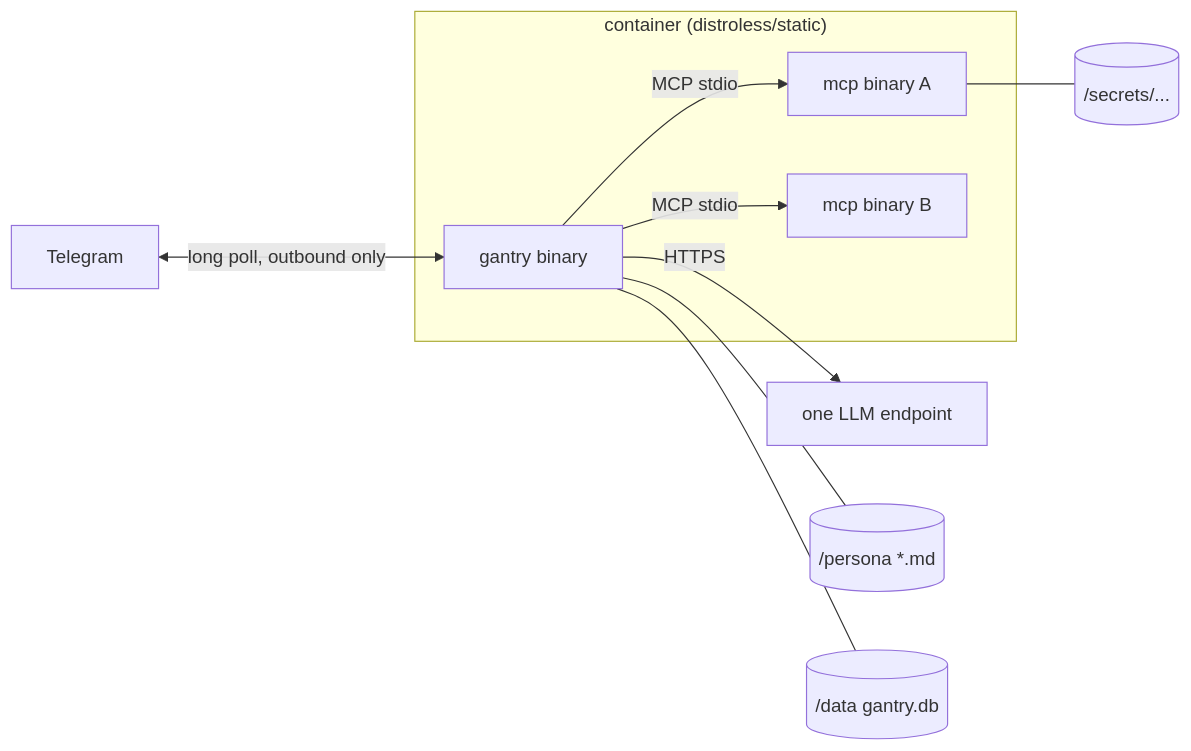
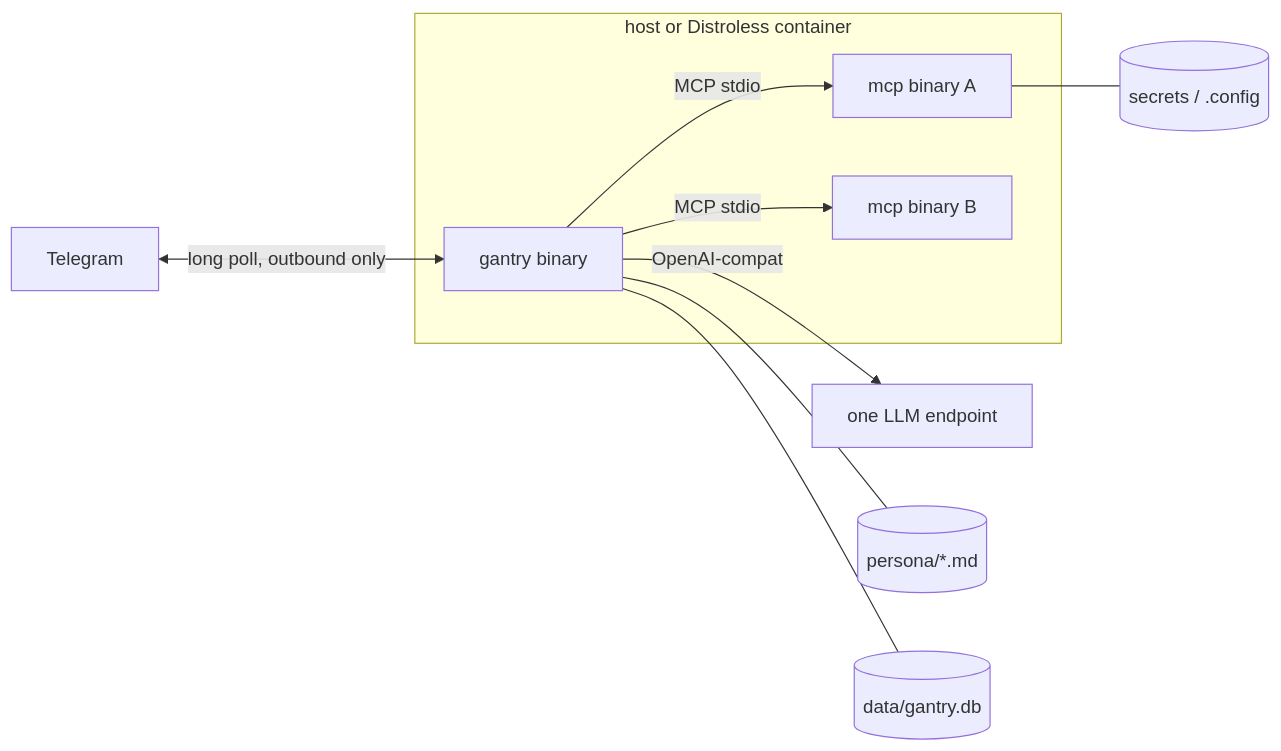
Before and after one commit to shotah/ai-gantry: the diagram in readme.md, drawn with Mermaid. The commit also changed other lines of this file and 15 other files, not shown here.

````diff
--- a/readme.md
+++ b/readme.md
@@ -186,17 +146,17 @@
 ```mermaid
 flowchart LR
   TG[Telegram] <-->|long poll, outbound only| K
 
-  subgraph Container["container (distroless/static)"]
+  subgraph Host["host or Distroless container"]
     K[gantry binary]
     M1[mcp binary A]
     M2[mcp binary B]
     K -->|MCP stdio| M1
     K -->|MCP stdio| M2
   end
 
-  K -->|HTTPS| LLM[one LLM endpoint]
-  K --- P[("/persona *.md")]
-  K --- D[("/data gantry.db")]
-  M1 --- S[("/secrets/...")]
+  K -->|OpenAI-compat| LLM[one LLM endpoint]
+  K --- P[("persona/*.md")]
+  K --- D[("data/gantry.db")]
+  M1 --- S[("secrets / .config")]
 ```
````
